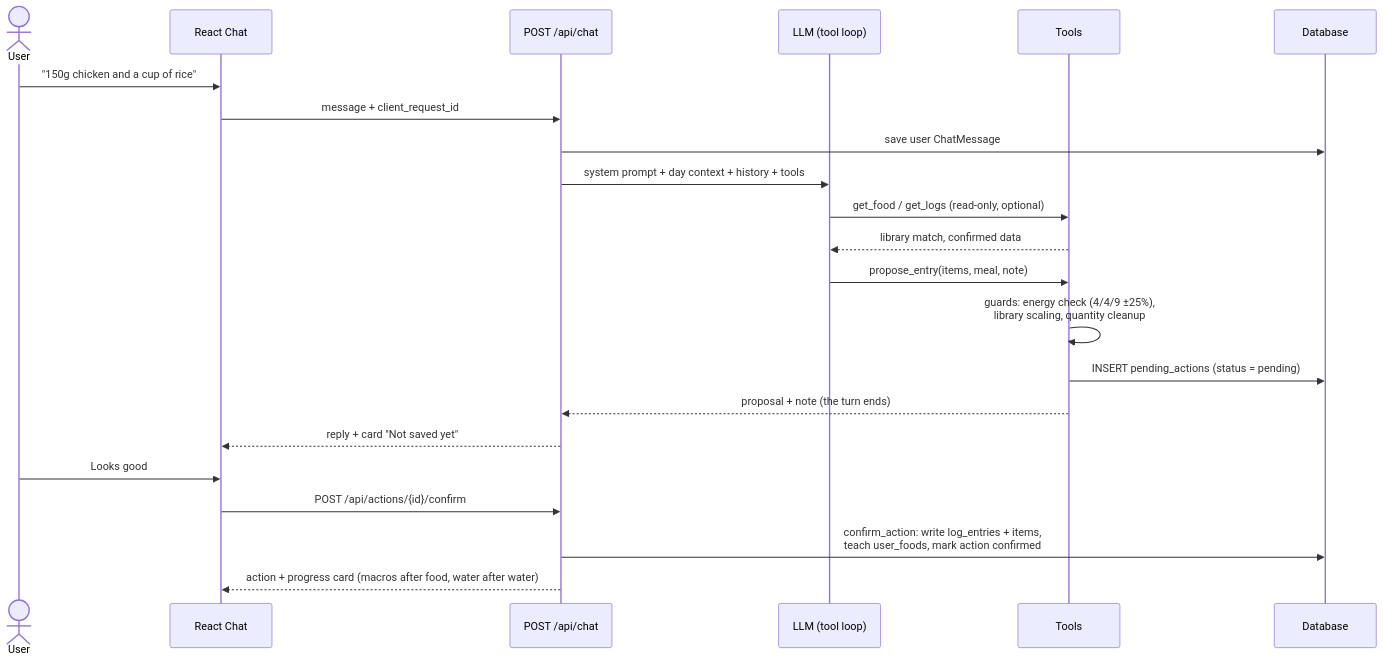
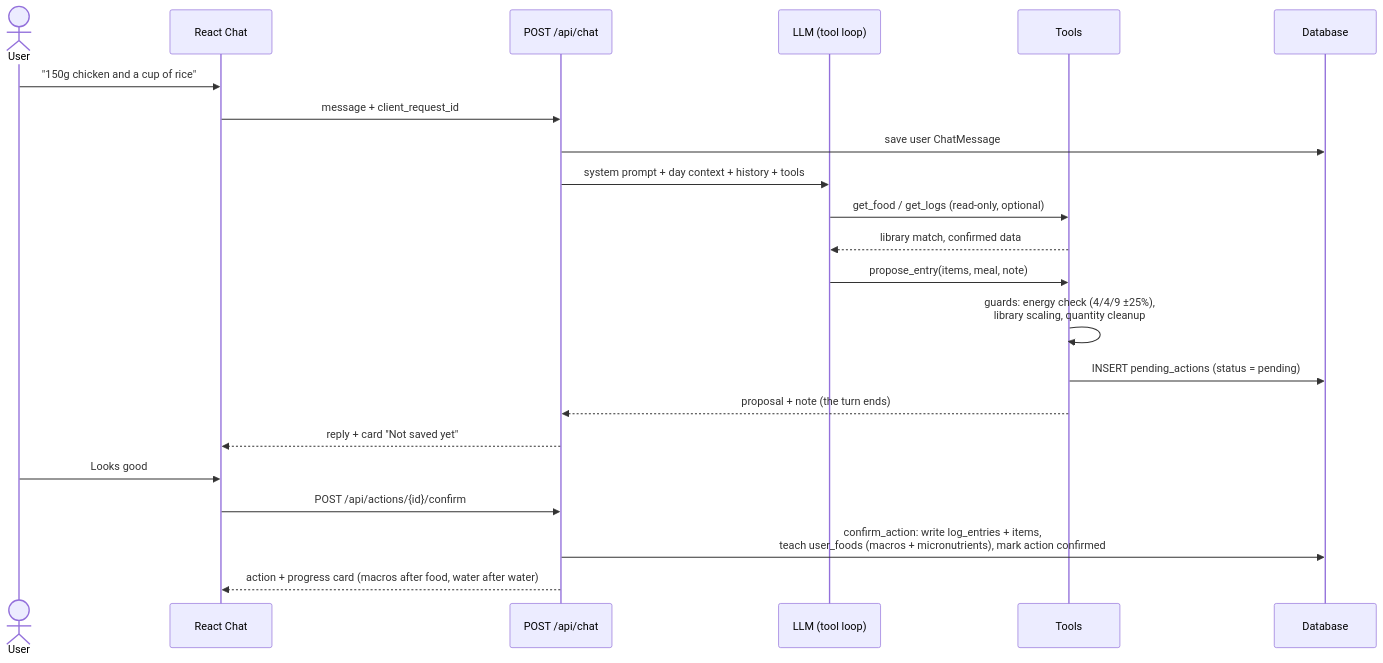
Before and after one commit to NeoAnushka21/tracker_poc: the fourth of 8 diagrams in docs/hld.md, drawn with Mermaid. The commit also changed other lines of this file and 10 other files, not shown here.

First line of the commit message:
My foods: see and edit micronutrients; document how repeat foods skip the AI

````diff
--- a/docs/hld.md
+++ b/docs/hld.md
@@ -83,25 +83,25 @@
 ```mermaid
 sequenceDiagram
     actor User
     participant UI as React Chat
     participant API as POST /api/chat
     participant LLM as LLM (tool loop)
     participant T as Tools
     participant DB as Database
 
     User->>UI: "150g chicken and a cup of rice"
     UI->>API: message + client_request_id
     API->>DB: save user ChatMessage
     API->>LLM: system prompt + day context + history + tools
     LLM->>T: get_food / get_logs (read-only, optional)
     T-->>LLM: library match, confirmed data
     LLM->>T: propose_entry(items, meal, note)
     T->>T: guards: energy check (4/4/9 ±25%),<br/>library scaling, quantity cleanup
     T->>DB: INSERT pending_actions (status = pending)
     T-->>API: proposal + note (the turn ends)
     API-->>UI: reply + card "Not saved yet"
     User->>UI: Looks good
     UI->>API: POST /api/actions/{id}/confirm
-    API->>DB: confirm_action: write log_entries + items,<br/>teach user_foods, mark action confirmed
+    API->>DB: confirm_action: write log_entries + items,<br/>teach user_foods (macros + micronutrients), mark action confirmed
     API-->>UI: action + progress card (macros after food, water after water)
 ```
````
